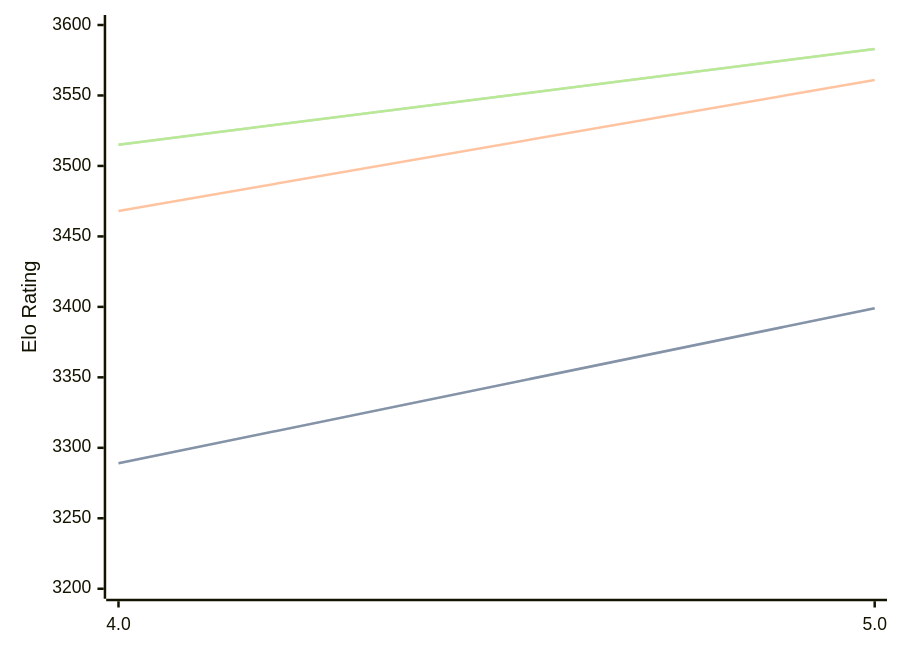
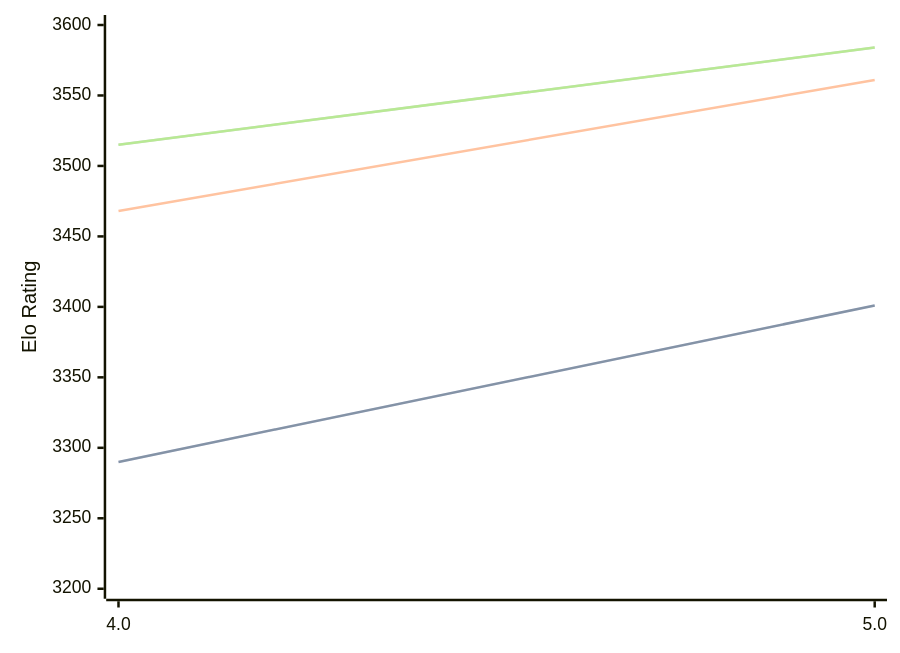
The diagram in engines/Tarnished.md (computer-chess-index/cci), drawn with Mermaid before and after one commit. The commit also changed other lines of this file, not shown here.

Commit message:
Update CCI Ratings (ELO VLTC) - 2026-04-24

````diff
--- a/engines/Tarnished.md
+++ b/engines/Tarnished.md
@@ -36,11 +36,11 @@
 ```mermaid
 %%{init: {"theme":"base","themeVariables":{"seriesColors:['#a3a3a3','#222221','#faa371']}}}%%
 xychart-beta
   x-axis ["4.0", "5.0"]
   y-axis "Elo Rating" 3200 --> 3600
-  line "STC (8.0+0.08s)" [3289, 3399]
-  line "STC (8.0+0.08s)" [3289, 3399]
+  line "STC (8.0+0.08s)" [3290, 3401]
+  line "STC (8.0+0.08s)" [3290, 3401]
   line "LTC (60.0+0.60s)" [3468, 3561]
-  line "VLTC (2m24s+1.12s)" [3515, 3583]
-  line "VLTC (2m24s+1.12s)" [3515, 3583]
+  line "VLTC (2m24s+1.12s)" [3515, 3584]
+  line "VLTC (2m24s+1.12s)" [3515, 3584]
 ```
````
